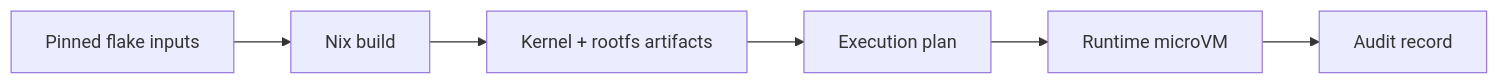
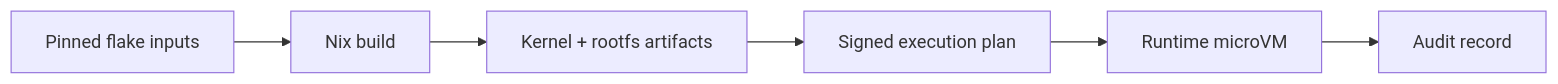
One commit to tinylabscom/mvm changed the second of 3 diagrams in public/src/content/blog/secure-by-design-microvms-and-nix.md. Above: the diagram before and after it, drawn with Mermaid. The commit also changed other lines of this file and 2 other files, not shown here.

````diff
--- a/public/src/content/blog/secure-by-design-microvms-and-nix.md
+++ b/public/src/content/blog/secure-by-design-microvms-and-nix.md
@@ -109,11 +96,11 @@
 ```mermaid
 flowchart LR
   Flake["Pinned flake inputs"]
   Build["Nix build"]
   Image["Kernel + rootfs artifacts"]
-  Plan["Execution plan"]
+  Plan["Signed execution plan"]
   VM["Runtime microVM"]
   Audit["Audit record"]
 
   Flake --> Build --> Image --> Plan --> VM --> Audit
 ```
````
